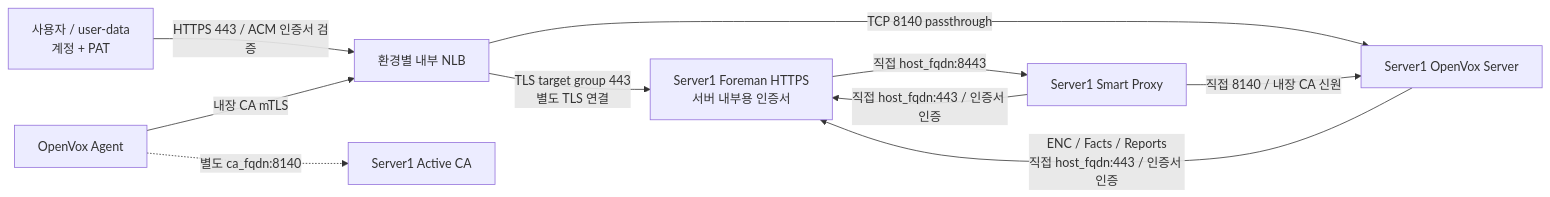
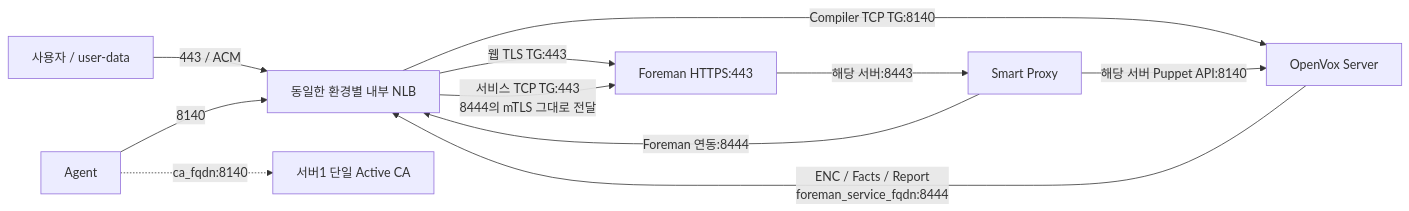
Before and after one commit to heyoon2j/y2-devops-lab: the diagram in foreman-puppet/docs/ACM_AND_BACKEND_TLS.md, drawn with Mermaid. The commit also changed other lines of this file and 16 other files, not shown here.

Commit message:
feat(foreman-puppet): use NLB service listener 8444 from phase one

````diff
--- a/foreman-puppet/docs/ACM_AND_BACKEND_TLS.md
+++ b/foreman-puppet/docs/ACM_AND_BACKEND_TLS.md
@@ -7,12 +19,13 @@
 ```mermaid
 flowchart LR
-    U["사용자 / user-data\n계정 + PAT"] -->|"HTTPS 443 / ACM 인증서 검증"| L["환경별 내부 NLB"]
-    L -->|"TLS target group 443\n별도 TLS 연결"| F["Server1 Foreman HTTPS\n서버 내부용 인증서"]
-    A["OpenVox Agent"] -->|"내장 CA mTLS"| L
-    L -->|"TCP 8140 passthrough"| P["Server1 OpenVox Server"]
-    P -->|"ENC / Facts / Reports\n직접 host_fqdn:443 / 인증서 인증"| F
-    S["Server1 Smart Proxy"] -->|"직접 host_fqdn:443 / 인증서 인증"| F
-    F -->|"직접 host_fqdn:8443"| S
-    S -->|"직접 8140 / 내장 CA 신원"| P
-    A -.->|"별도 ca_fqdn:8140"| C["Server1 Active CA"]
+    U["사용자 / user-data"] -->|"443 / ACM"| L["동일한 환경별 내부 NLB"]
+    A["Agent"] -->|"8140"| L
+    L -->|"웹 TLS TG:443"| F["Foreman HTTPS:443"]
+    L -->|"서비스 TCP TG:443\n8444의 mTLS 그대로 전달"| F
+    L -->|"Compiler TCP TG:8140"| P["OpenVox Server"]
+    P -->|"ENC / Facts / Report\nforeman_service_fqdn:8444"| L
+    S["Smart Proxy"] -->|"Foreman 연동:8444"| L
+    F -->|"해당 서버:8443"| S
+    S -->|"해당 서버 Puppet API:8140"| P
+    A -.->|"ca_fqdn:8140"| C["서버1 단일 Active CA"]
 ```
````
